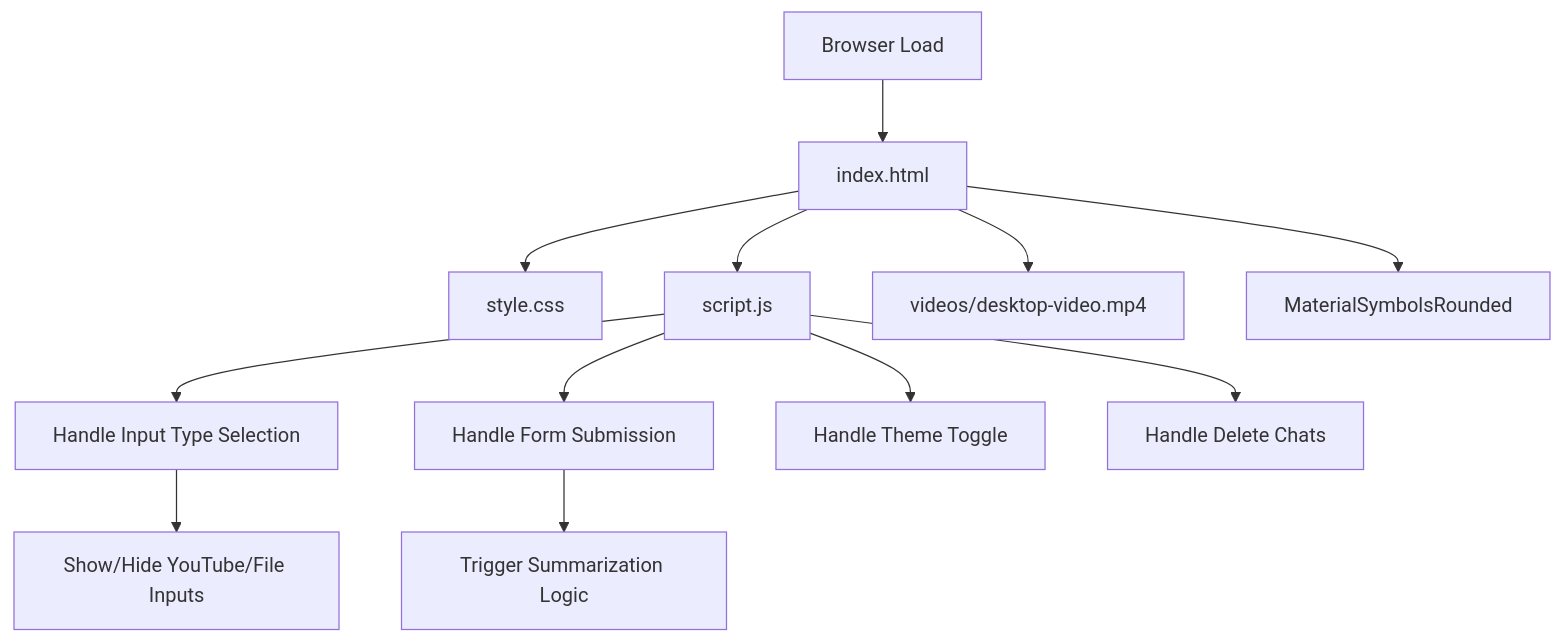
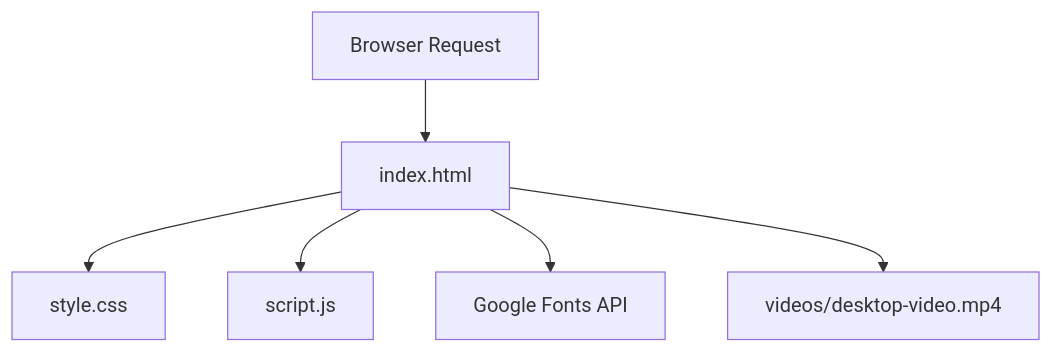
One commit to test-company-prowiz/Note-Summerizer changed the diagram in docs/index.html.md. Above: the diagram before and after it, drawn with Mermaid. The commit also changed other lines of this file and 1 other file, not shown here.

````diff
--- a/docs/index.html.md
+++ b/docs/index.html.md
@@ -49,16 +51,8 @@
 ```mermaid
 graph TD
-BrowserLoad[Browser Load] --> IndexHTML[index.html]
+BrowserRequest[Browser Request] --> IndexHTML[index.html]
 IndexHTML --> StyleCSS[style.css]
 IndexHTML --> ScriptJS[script.js]
+IndexHTML --> GoogleFonts[Google Fonts API]
 IndexHTML --> DesktopVideo[videos/desktop-video.mp4]
-IndexHTML --> GoogleFonts[MaterialSymbolsRounded]
-
-ScriptJS --> HandleInputSelection[Handle Input Type Selection]
-ScriptJS --> HandleFormSubmit[Handle Form Submission]
-ScriptJS --> HandleThemeToggle[Handle Theme Toggle]
-ScriptJS --> HandleDeleteChats[Handle Delete Chats]
-
-HandleInputSelection --> ShowHideInputs[Show/Hide YouTube/File Inputs]
-HandleFormSubmit --> ProcessSummarization[Trigger Summarization Logic]
 ```
````
